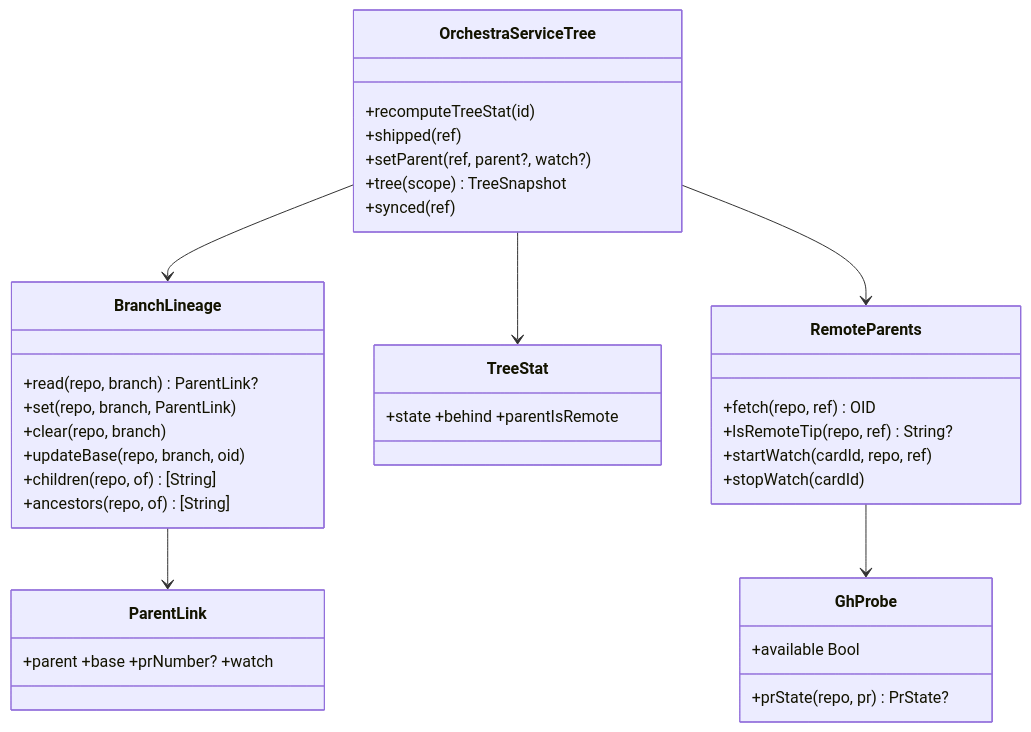
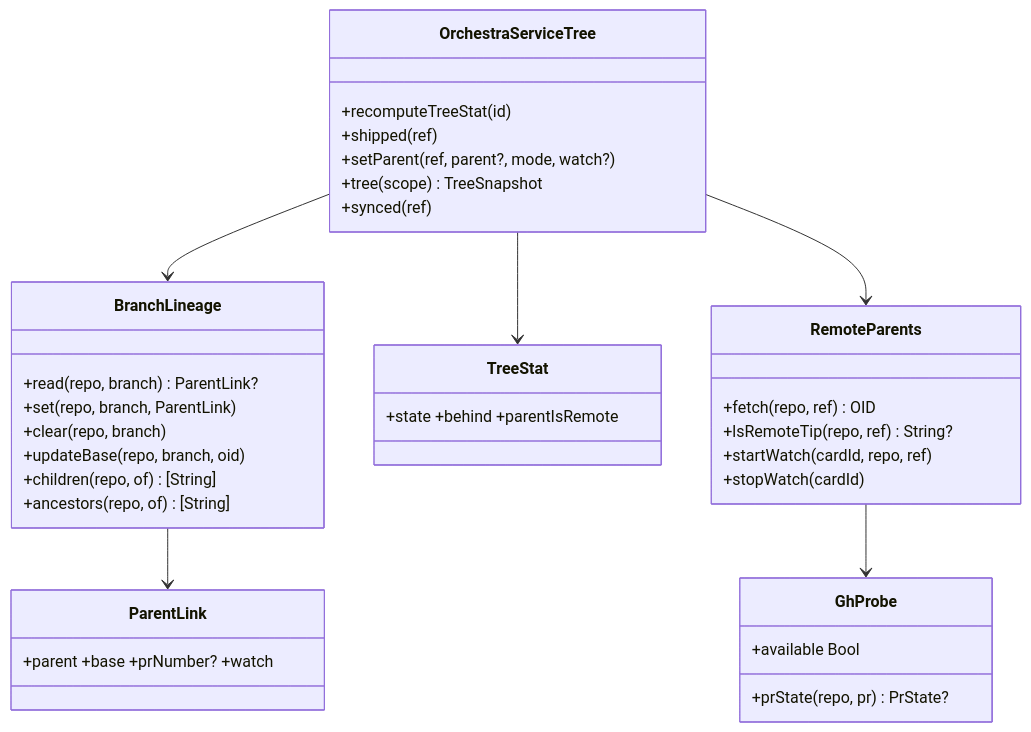
The second of 2 diagrams in notes/designs/parent-card-branch-linking/02-contract.md (PeiAllen/claude-kanban), drawn with Mermaid before and after one commit. The commit also changed 3 other files, not shown here.

````diff
--- a/notes/designs/parent-card-branch-linking/02-contract.md
+++ b/notes/designs/parent-card-branch-linking/02-contract.md
@@ -250,33 +250,33 @@
 ```mermaid
 classDiagram
     class BranchLineage {
       +read(repo, branch) ParentLink?
       +set(repo, branch, ParentLink)
       +clear(repo, branch)
       +updateBase(repo, branch, oid)
       +children(repo, of) [String]
       +ancestors(repo, of) [String]
     }
     class ParentLink { +parent +base +prNumber? +watch }
     class TreeStat { +state +behind +parentIsRemote }
     class RemoteParents {
       +fetch(repo, ref) OID
       +lsRemoteTip(repo, ref) String?
       +startWatch(cardId, repo, ref)
       +stopWatch(cardId)
     }
     class GhProbe { +available Bool
       +prState(repo, pr) PrState? }
     class OrchestraServiceTree {
       +recomputeTreeStat(id)
       +shipped(ref)
-      +setParent(ref, parent?, watch?)
+      +setParent(ref, parent?, mode, watch?)
       +tree(scope) TreeSnapshot
       +synced(ref)
     }
     BranchLineage --> ParentLink
     OrchestraServiceTree --> BranchLineage
     OrchestraServiceTree --> TreeStat
     OrchestraServiceTree --> RemoteParents
     RemoteParents --> GhProbe
 ```
````
